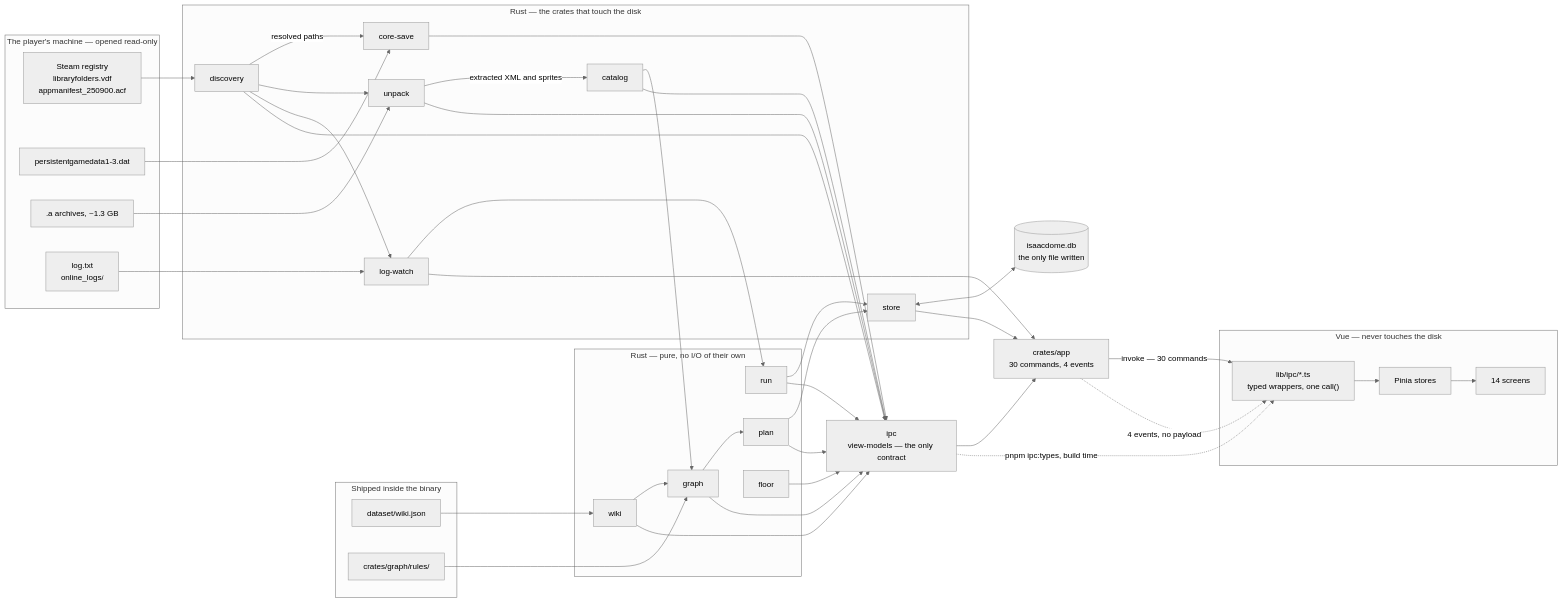
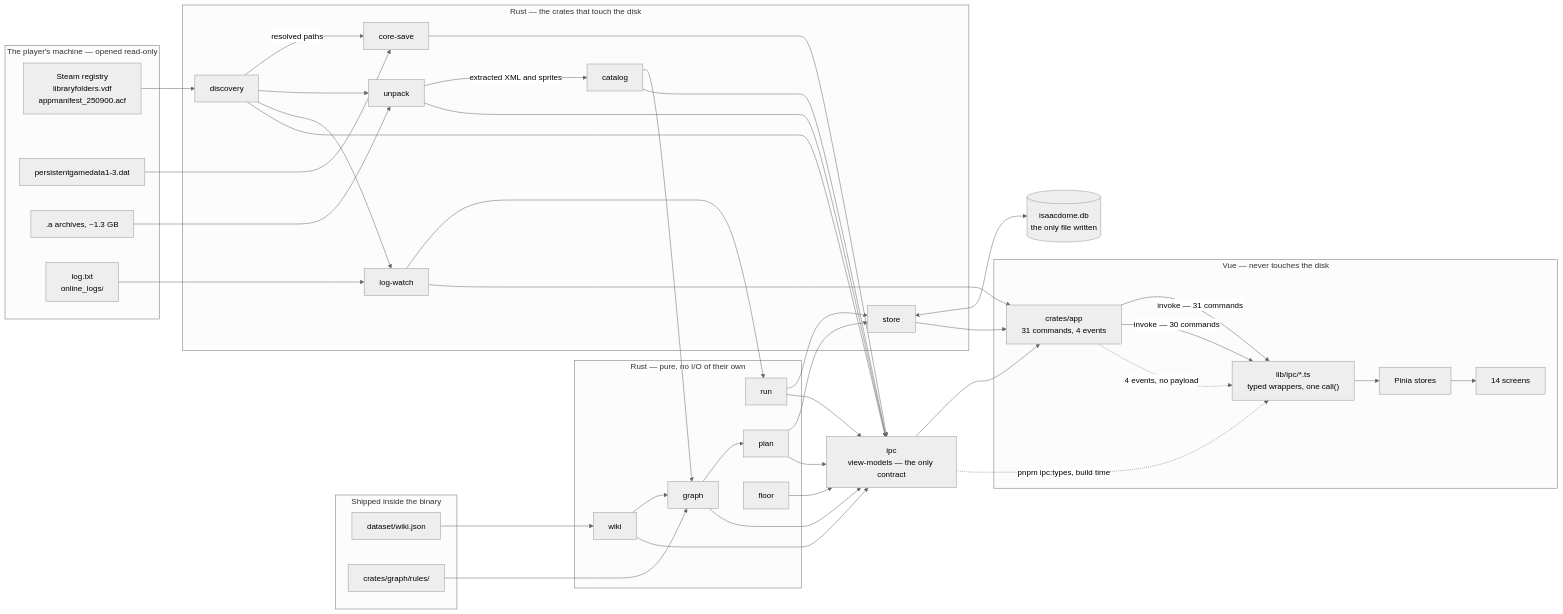
One commit to DomenghiniStefano/isaac-dome changed the first of 4 diagrams in docs/architecture.md. Above: the diagram before and after it, drawn with Mermaid (neutral theme). The commit also changed other lines of this file and 4 other files, not shown here.

````diff
--- a/docs/architecture.md
+++ b/docs/architecture.md
@@ -31,80 +31,80 @@
 ```mermaid
 flowchart LR
   subgraph disk["The player's machine — opened read-only"]
     steam["Steam registry<br/>libraryfolders.vdf<br/>appmanifest_250900.acf"]
     dat["persistentgamedata1-3.dat"]
     packed[".a archives, ~1.3 GB"]
     logs["log.txt<br/>online_logs/"]
   end
 
   subgraph shipped["Shipped inside the binary"]
     wikijson["dataset/wiki.json"]
     rulesjson["crates/graph/rules/"]
   end
 
   subgraph io["Rust — the crates that touch the disk"]
     discovery["discovery"]
     coresave["core-save"]
     unpack["unpack"]
     catalog["catalog"]
     logwatch["log-watch"]
     store["store"]
   end
 
   subgraph purecrates["Rust — pure, no I/O of their own"]
     wiki["wiki"]
     graphc["graph"]
     plan["plan"]
     runc["run"]
     floor["floor"]
   end
 
   ipc["ipc<br/>view-models — the only contract"]
-  app["crates/app<br/>30 commands, 4 events"]
+  app["crates/app<br/>31 commands, 4 events"]
 
   subgraph vue["Vue — never touches the disk"]
-    wrappers["lib/ipc/*.ts<br/>typed wrappers, one call()"]
+     app -->|"invoke — 31 commands"| wrappers["lib/ipc/*.ts<br/>typed wrappers, one call()"]
     stores["Pinia stores"]
     screens["14 screens"]
   end
 
   db[("isaacdome.db<br/>the only file written")]
 
   steam --> discovery
   discovery -->|"resolved paths"| coresave
   discovery --> unpack
   discovery --> logwatch
   dat --> coresave
   packed --> unpack
   unpack -->|"extracted XML and sprites"| catalog
   logs --> logwatch
   wikijson --> wiki
   rulesjson --> graphc
   catalog --> graphc
   wiki --> graphc
   graphc --> plan
   logwatch --> runc
   runc --> store
   plan --> store
   store <--> db
 
   coresave --> ipc
   discovery --> ipc
   unpack --> ipc
   catalog --> ipc
   graphc --> ipc
   plan --> ipc
   wiki --> ipc
   runc --> ipc
   floor --> ipc
 
   ipc --> app
   store --> app
   logwatch --> app
 
   app -->|"invoke — 30 commands"| wrappers
   app -.->|"4 events, no payload"| wrappers
   ipc -.->|"pnpm ipc:types, build time"| wrappers
   wrappers --> stores
   stores --> screens
 ```
````
